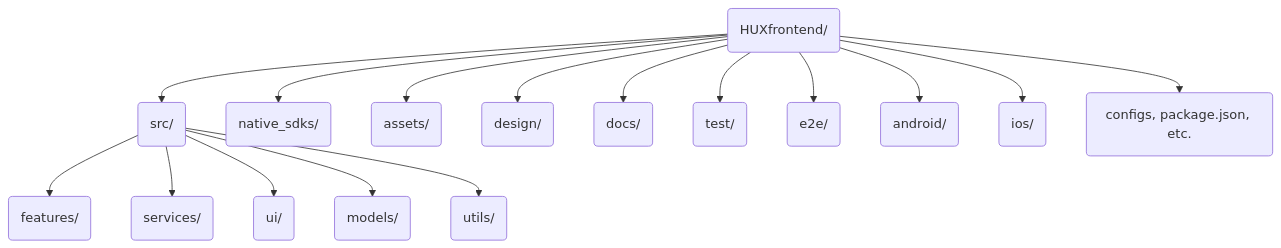
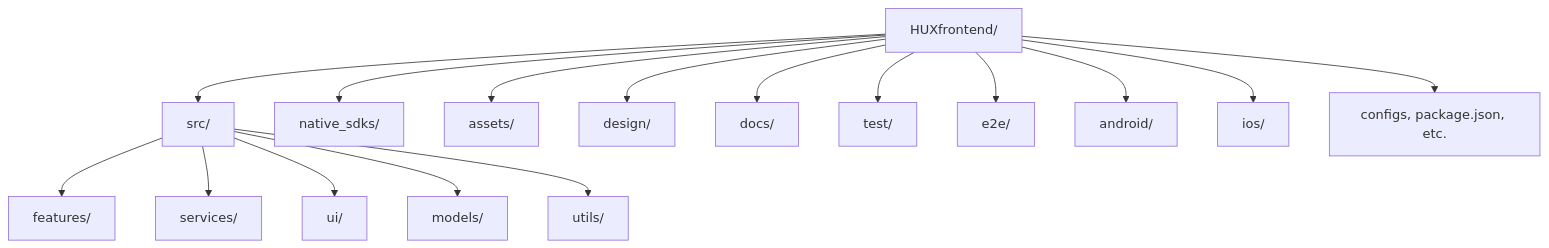
The second of 2 diagrams in HUX/HUXfrontend.md (mohan-slack/HUX), drawn with Mermaid before and after one commit. The commit also changed other lines of this file and 2 other files, not shown here.

````diff
--- a/HUX/HUXfrontend.md
+++ b/HUX/HUXfrontend.md
@@ -99,35 +99,35 @@
 ```mermaid
 flowchart TD
-  A(HUXfrontend/)
-  B1(src/)
-  B2(native_sdks/)
-  B3(assets/)
-  B4(design/)
-  B5(docs/)
-  B6(test/)
-  B7(e2e/)
-  B8(android/)
-  B9(ios/)
-  B10(configs, package.json, etc.)
-  C1(features/)
-  C2(services/)
-  C3(ui/)
-  C4(models/)
-  C5(utils/)
+  A[HUXfrontend/]
+  B1[src/]
+  B2[native_sdks/]
+  B3[assets/]
+  B4[design/]
+  B5[docs/]
+  B6[test/]
+  B7[e2e/]
+  B8[android/]
+  B9[ios/]
+  B10[configs, package.json, etc.]
+  C1[features/]
+  C2[services/]
+  C3[ui/]
+  C4[models/]
+  C5[utils/]
 
   A --> B1
   A --> B2
   A --> B3
   A --> B4
   A --> B5
   A --> B6
   A --> B7
   A --> B8
   A --> B9
   A --> B10
   B1 --> C1
   B1 --> C2
   B1 --> C3
   B1 --> C4
   B1 --> C5
 ```
````
